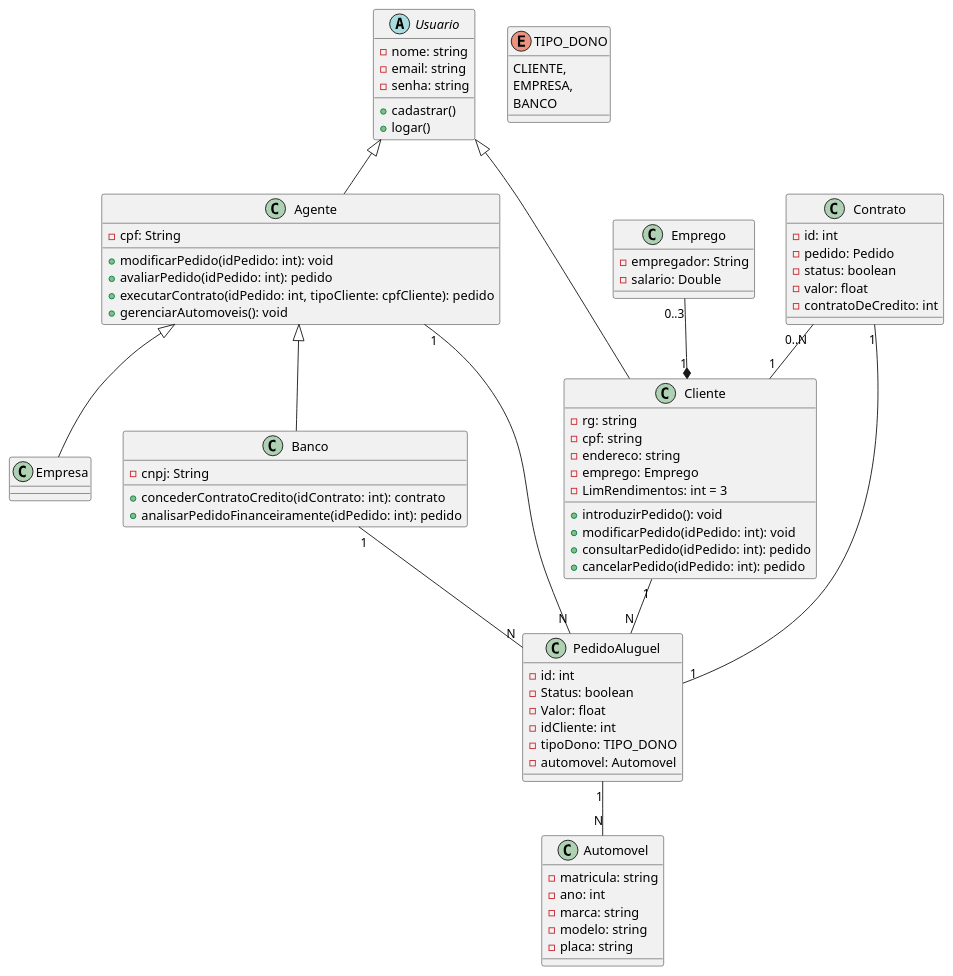
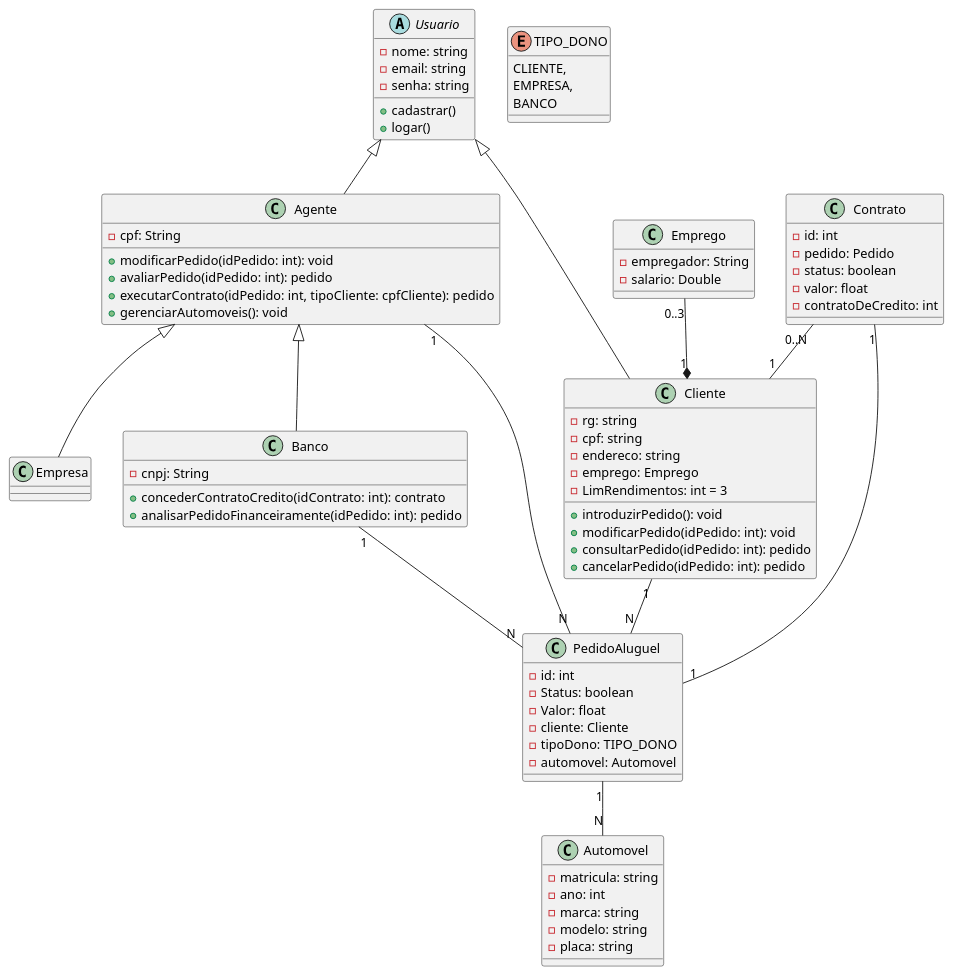
Before and after one commit to GuilhermeFalante/LDS_Aluguel_de_Carros: the diagram in projeto/diagramaDeClasseSprint2.md, drawn with PlantUML. The commit also changed 7 other files, not shown here.

```diff
--- a/projeto/diagramaDeClasseSprint2.md
+++ b/projeto/diagramaDeClasseSprint2.md
@@ -46,7 +46,7 @@
     -id: int
     -Status: boolean
     -Valor: float
-    -idCliente: int
+    -cliente: Cliente
     -tipoDono: TIPO_DONO
     -automovel: Automovel
     
```
